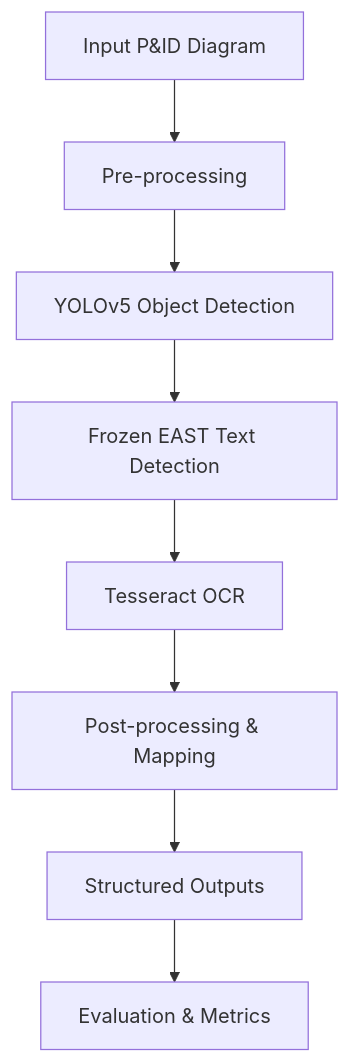
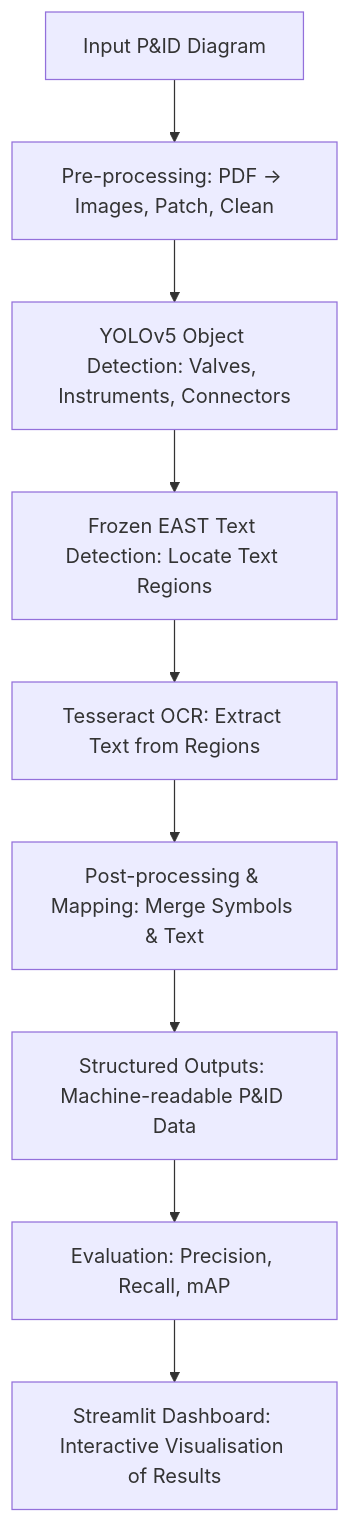
Before and after one commit to S-Houston/digitised-pid-mlops: the diagram in README.md, drawn with Mermaid. The commit also changed other lines of this file and 1 other file, not shown here.

Commit message:
Update Streamlit app to use container width for displaying selected images

````diff
--- a/README.md
+++ b/README.md
@@ -75,10 +77,11 @@
 ```mermaid
 flowchart TD
-    A[Input P&ID Diagram] --> B[Pre-processing]
-    B --> C[YOLOv5 Object Detection]
-    C --> D[Frozen EAST Text Detection]
-    D --> E[Tesseract OCR]
-    E --> F[Post-processing & Mapping]
-    F --> G[Structured Outputs]
-    G --> H[Evaluation & Metrics]
+    A[Input P&ID Diagram] --> B[Pre-processing: PDF → Images, Patch, Clean]
+    B --> C[YOLOv5 Object Detection: Valves, Instruments, Connectors]
+    C --> D[Frozen EAST Text Detection: Locate Text Regions]
+    D --> E[Tesseract OCR: Extract Text from Regions]
+    E --> F[Post-processing & Mapping: Merge Symbols & Text]
+    F --> G[Structured Outputs: Machine-readable P&ID Data]
+    G --> H[Evaluation: Precision, Recall, mAP]
+    H --> I[Streamlit Dashboard: Interactive Visualisation of Results]
 ```
````
